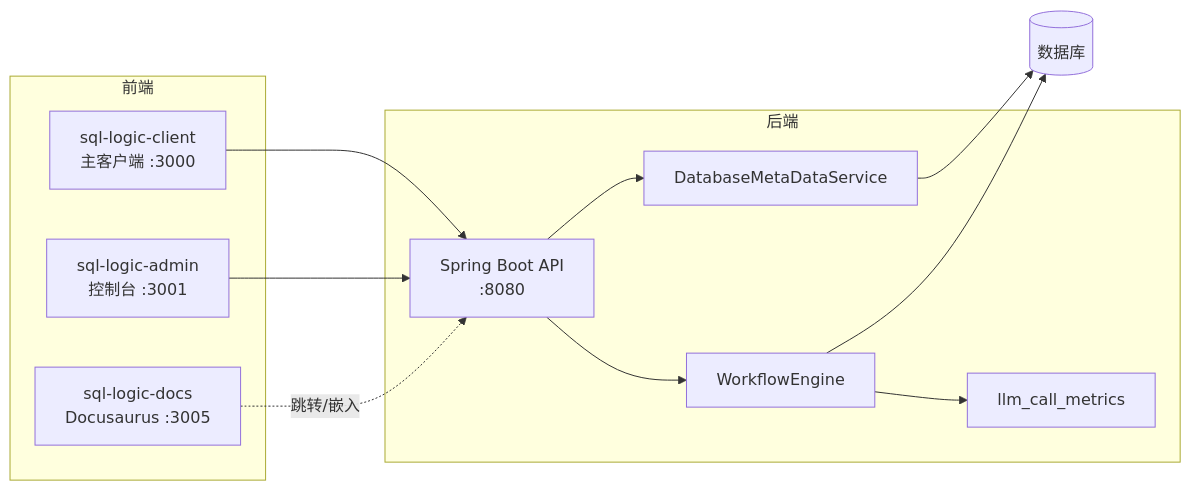
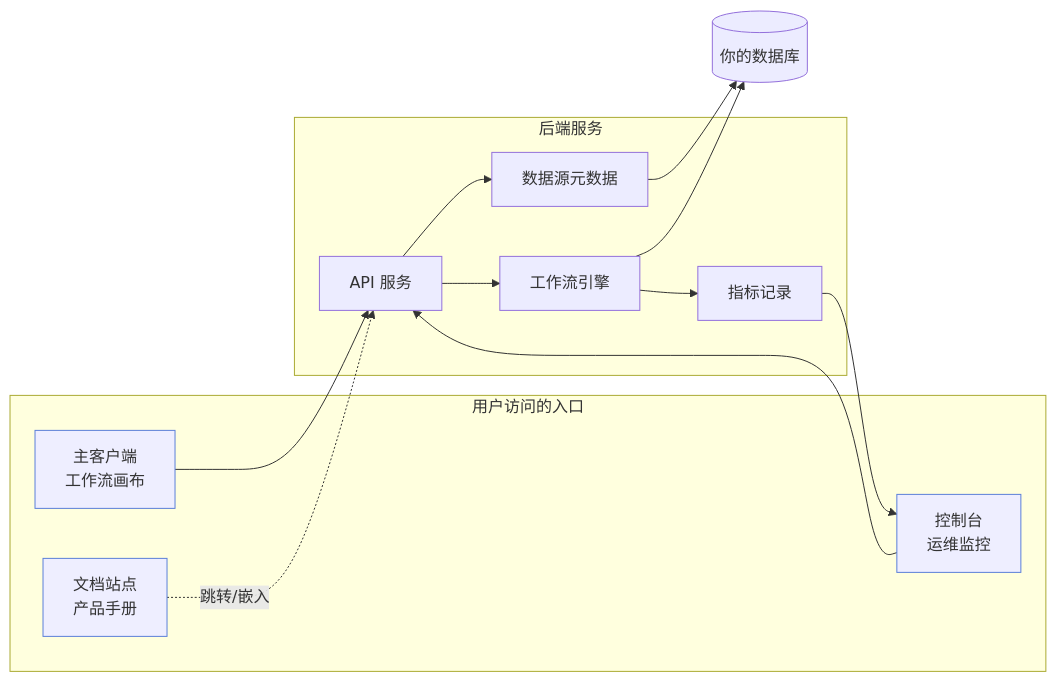
Before and after one commit to shixia9/MustBeTheSQL: the first of 3 diagrams in sql-logic-docs/docs/constructure/overview.md, drawn with Mermaid. The commit also changed other lines of this file and 18 other files, not shown here.

````diff
--- a/sql-logic-docs/docs/constructure/overview.md
+++ b/sql-logic-docs/docs/constructure/overview.md
@@ -11,22 +13,27 @@
 ```mermaid
 flowchart LR
-  subgraph 前端
-    Client["sql-logic-client<br/>主客户端 :3000"]
-    Admin["sql-logic-admin<br/>控制台 :3001"]
-    Docs["sql-logic-docs<br/>Docusaurus :3005"]
+  subgraph 用户访问的入口
+    Client["主客户端<br/>工作流画布"]
+    Admin["控制台<br/>运维监控"]
+    Docs["文档站点<br/>产品手册"]
   end
-  subgraph 后端
-    API["Spring Boot API<br/>:8080"]
-    Meta["DatabaseMetaDataService"]
-    Exec["WorkflowEngine"]
-    Metrics["llm_call_metrics"]
+  subgraph 后端服务
+    API["API 服务"]
+    Meta["数据源元数据"]
+    Exec["工作流引擎"]
+    Metrics["指标记录"]
   end
-  DB[("数据库")]
+  DB[("你的数据库")]
 
   Client --> API
   Admin --> API
+  Docs -.跳转/嵌入.-> API
   API --> Meta --> DB
   API --> Exec --> DB
   Exec --> Metrics
-  Docs -.跳转/嵌入.-> API
+  Metrics --> Admin
+
+  style Client fill:#eef,stroke:#5b7fd9
+  style Admin fill:#eef,stroke:#5b7fd9
+  style Docs fill:#eef,stroke:#5b7fd9
 ```
````
